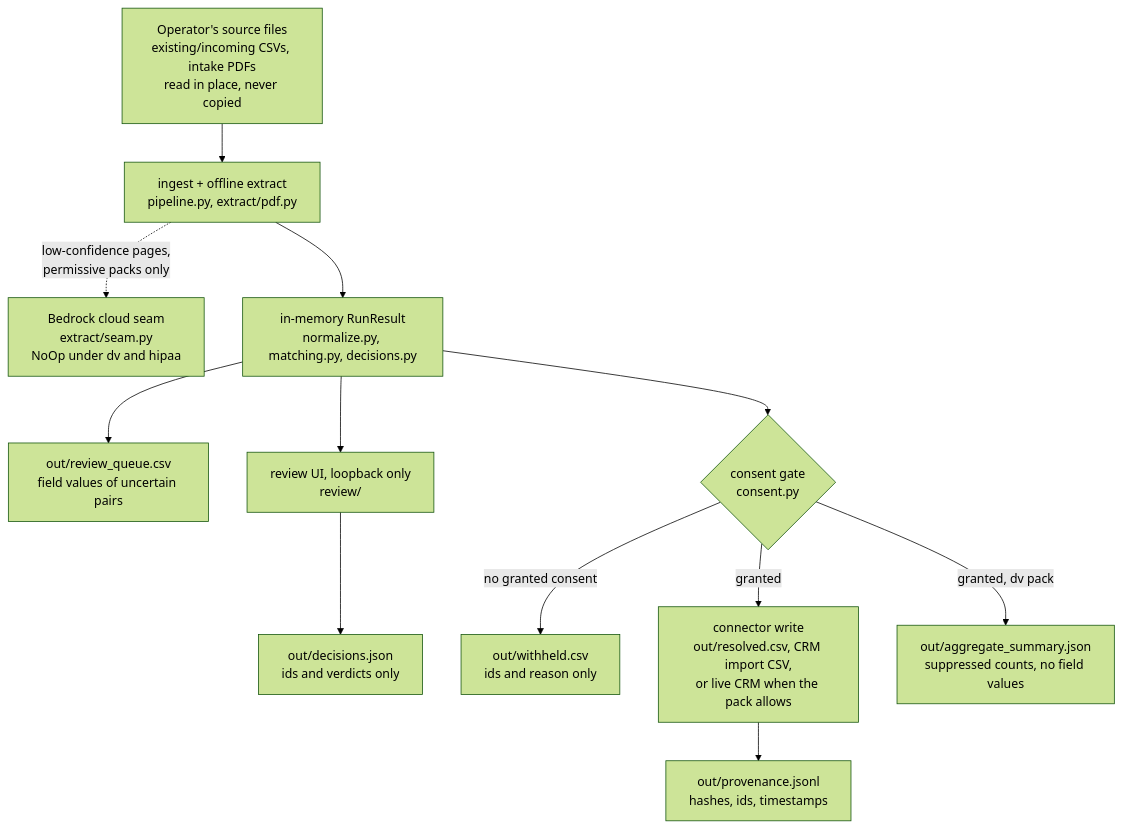
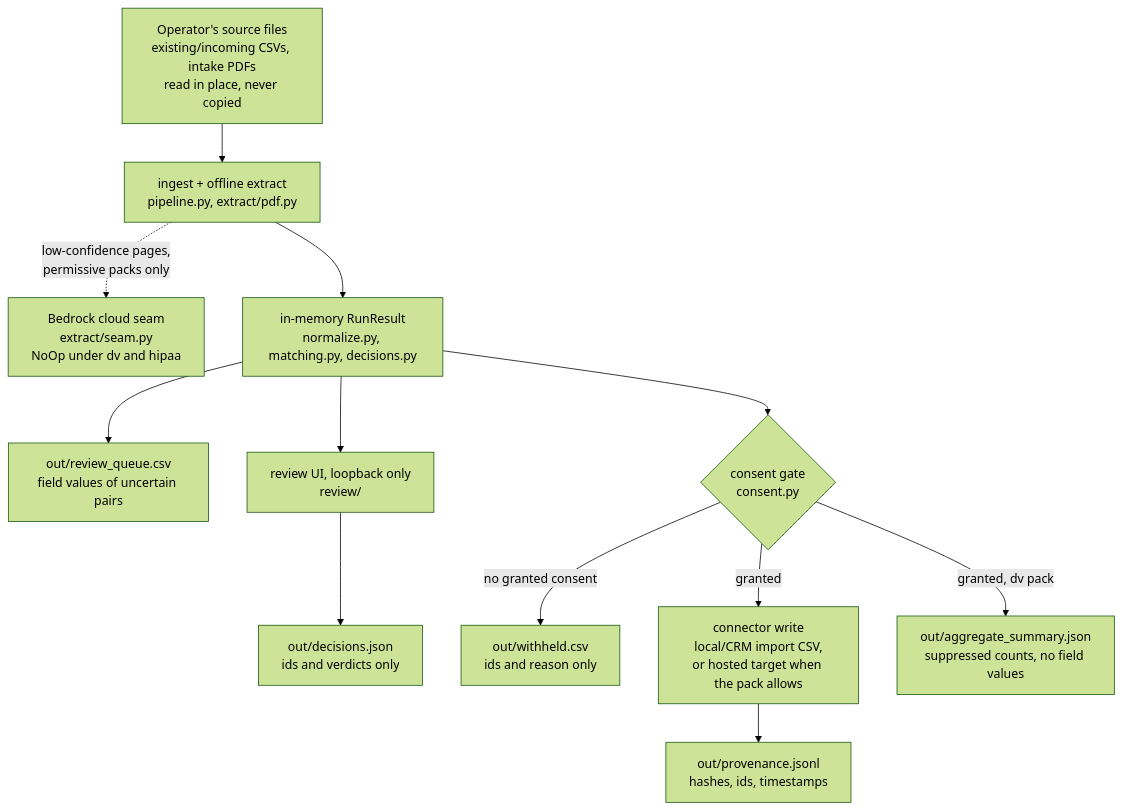
Before and after one commit to ChelseaKR/constituent-reconciler: the diagram in docs/DATA-FLOW-AND-RETENTION.md, drawn with Mermaid (forest theme). The commit also changed other lines of this file and 22 other files, not shown here.

First line of the commit message:
feat(connectors): Airtable native-upsert destination (roadmap E3)

````diff
--- a/docs/DATA-FLOW-AND-RETENTION.md
+++ b/docs/DATA-FLOW-AND-RETENTION.md
@@ -47,14 +48,14 @@
 ```mermaid
 flowchart TD
     SRC[Operator's source files<br/>existing/incoming CSVs, intake PDFs<br/>read in place, never copied] --> ING[ingest + offline extract<br/>pipeline.py, extract/pdf.py]
     ING -.->|low-confidence pages,<br/>permissive packs only| SEAM[Bedrock cloud seam<br/>extract/seam.py<br/>NoOp under dv and hipaa]
     ING --> MEM[in-memory RunResult<br/>normalize.py, matching.py, decisions.py]
     MEM --> RQ[out/review_queue.csv<br/>field values of uncertain pairs]
     MEM --> UI[review UI, loopback only<br/>review/]
     UI --> DEC[out/decisions.json<br/>ids and verdicts only]
     MEM --> GATE{consent gate<br/>consent.py}
     GATE -->|no granted consent| WH[out/withheld.csv<br/>ids and reason only]
-    GATE -->|granted| CONN[connector write<br/>out/resolved.csv, CRM import CSV,<br/>or live CRM when the pack allows]
+    GATE -->|granted| CONN[connector write<br/>local/CRM import CSV,<br/>or hosted target when the pack allows]
     CONN --> PROV[out/provenance.jsonl<br/>hashes, ids, timestamps]
     GATE -->|granted, dv pack| AGG[out/aggregate_summary.json<br/>suppressed counts, no field values]
 ```
````
